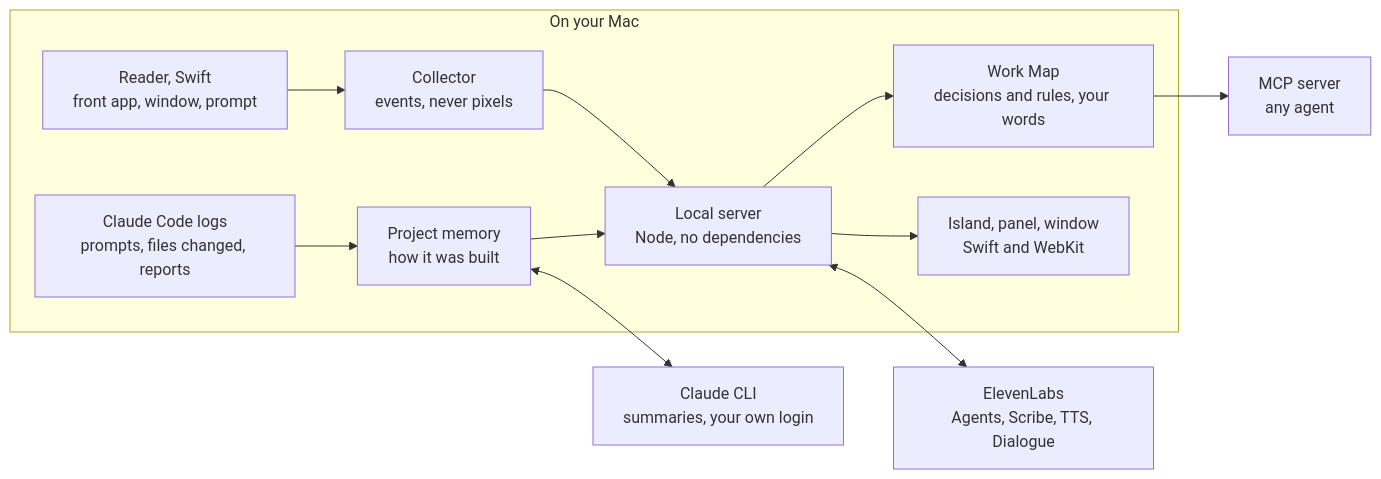
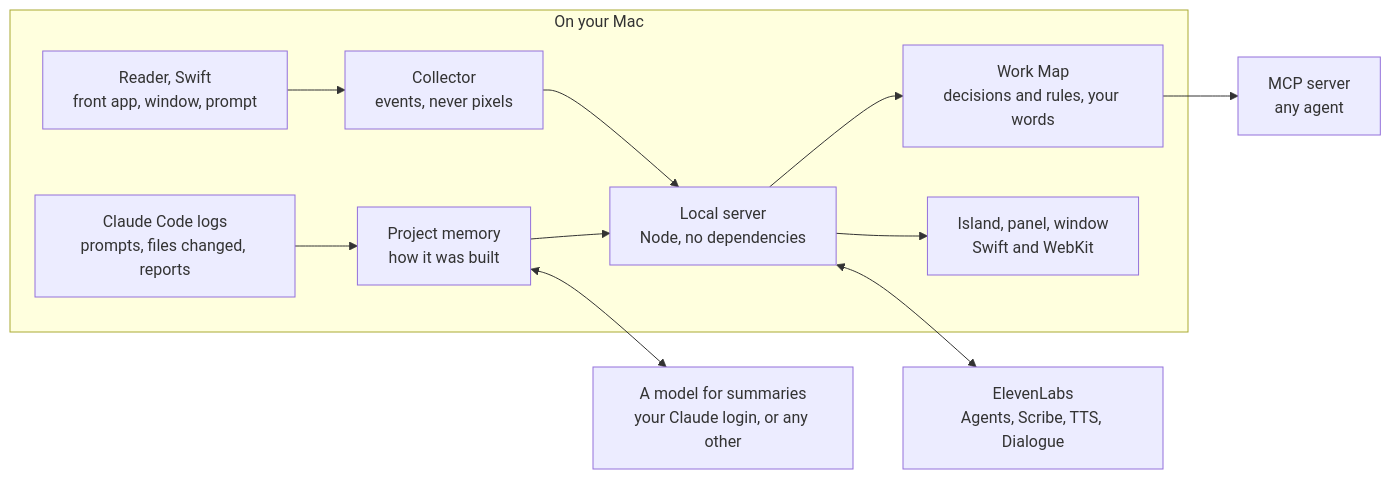
One commit to Baltsar/mason changed the diagram in README.md. Above: the diagram before and after it, drawn with Mermaid. The commit also changed other lines of this file and 2 other files, not shown here.

Commit message:
docs: flow, days, the model and what is read, and what came after the deadline

````diff
--- a/README.md
+++ b/README.md
@@ -56,14 +58,14 @@
 ```mermaid
 flowchart LR
   subgraph mac["On your Mac"]
     reader["Reader, Swift<br/>front app, window, prompt"] --> collector["Collector<br/>events, never pixels"]
     logs["Claude Code logs<br/>prompts, files changed, reports"] --> memory["Project memory<br/>how it was built"]
     collector --> server["Local server<br/>Node, no dependencies"]
     memory --> server
     server --> map["Work Map<br/>decisions and rules, your words"]
     server --> island["Island, panel, window<br/>Swift and WebKit"]
   end
   server <--> eleven["ElevenLabs<br/>Agents, Scribe, TTS, Dialogue"]
-  memory <--> claude["Claude CLI<br/>summaries, your own login"]
+  memory <--> claude["A model for summaries<br/>your Claude login, or any other"]
   map --> mcp["MCP server<br/>any agent"]
 ```
````
